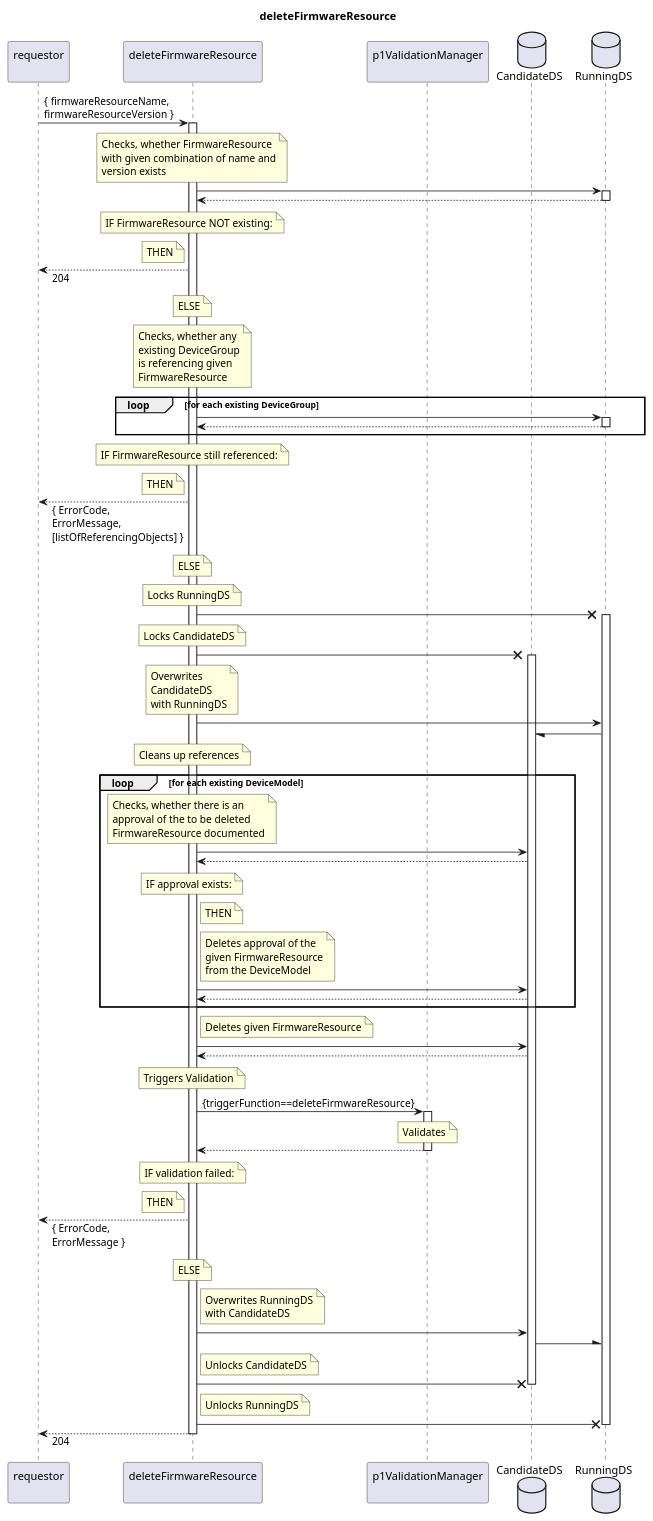
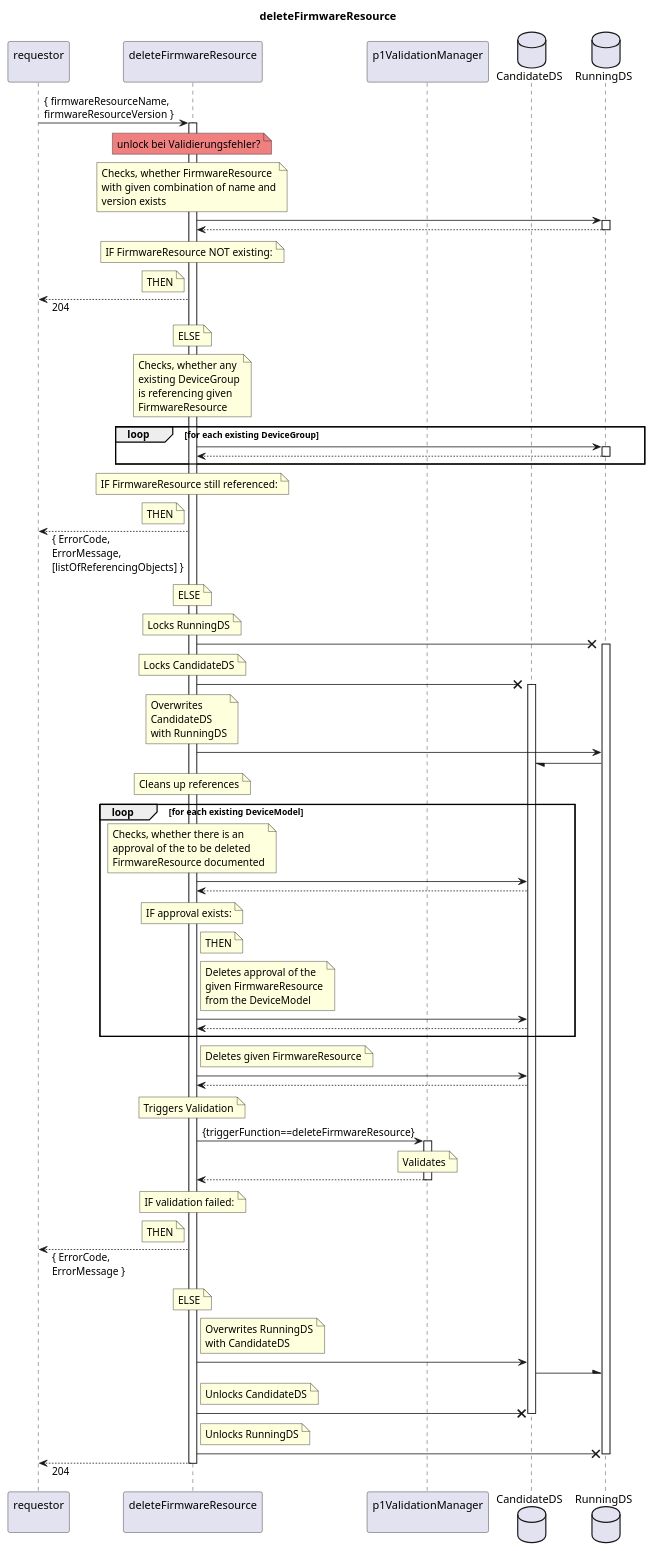
The diagram in spec/Services/deleteFirmwareResource/1.0.0/deleteFirmwareResource.plantuml (openBackhaul/FirmWareManager), drawn with PlantUML before and after one commit. The commit also changed 3 other files, not shown here.

```diff
--- a/spec/Services/deleteFirmwareResource/1.0.0/deleteFirmwareResource.plantuml
+++ b/spec/Services/deleteFirmwareResource/1.0.0/deleteFirmwareResource.plantuml
@@ -1,152 +1,156 @@
 @startuml deleteFirmwareResource
 skinparam responseMessageBelowArrow true
 
 title
   deleteFirmwareResource
 end title
 
 participant "requestor\n" as requestor
 participant "deleteFirmwareResource\n" as delFWR
 participant "p1ValidationManager\n" as valiMan
 database "CandidateDS" as CanDS
 database "RunningDS" as RunDS
 
 requestor -> delFWR: { firmwareResourceName,\nfirmwareResourceVersion }
 activate delFWR
+
+  note over delFWR #LightCoral
+    unlock bei Validierungsfehler?
+  end note
 
   note over delFWR
     Checks, whether FirmwareResource
     with given combination of name and
     version exists
   end note
   delFWR -> RunDS
   activate RunDS
   delFWR <-- RunDS
   deactivate RunDS
   note over delFWR
     IF FirmwareResource NOT existing:
   end note
   note left delFWR
     THEN
   end note
   requestor <-- delFWR: 204
   note over delFWR
     ELSE
   end note
 
   note over delFWR
     Checks, whether any
     existing DeviceGroup
     is referencing given
     FirmwareResource
   end note
   loop for each existing DeviceGroup
     delFWR -> RunDS
     activate RunDS
     delFWR <-- RunDS
     deactivate RunDS
   end loop
   note over delFWR
     IF FirmwareResource still referenced:
   end note
   note left delFWR
     THEN
   end note
   requestor <-- delFWR: { ErrorCode,\nErrorMessage,\n[listOfReferencingObjects] }
   note over delFWR
     ELSE
   end note
 
   note over delFWR
     Locks RunningDS
   end note
   delFWR -X RunDS
   activate RunDS
   note over delFWR
     Locks CandidateDS
   end note
   delFWR -X CanDS
   activate CanDS
   note over delFWR
     Overwrites
     CandidateDS
     with RunningDS
   end note
   delFWR -> RunDS
   RunDS -/ CanDS
 
   note over delFWR
     Cleans up references
   end note
   loop for each existing DeviceModel
     note over delFWR
       Checks, whether there is an 
       approval of the to be deleted
       FirmwareResource documented
     end note
     delFWR -> CanDS
     delFWR <-- CanDS
     note over delFWR
       IF approval exists:
     end note
     note right delFWR
       THEN
     end note
     note right delFWR
       Deletes approval of the
       given FirmwareResource
       from the DeviceModel
     end note
     delFWR -> CanDS
     delFWR <-- CanDS
   end loop
 
   note right delFWR
     Deletes given FirmwareResource
   end note
   delFWR -> CanDS
   delFWR <-- CanDS
 
   note over delFWR
     Triggers Validation
   end note
   delFWR -> valiMan: {triggerFunction==deleteFirmwareResource}
   activate valiMan
     note over valiMan
       Validates
     end note
   delFWR <-- valiMan
   deactivate valiMan
   note over delFWR
     IF validation failed:
   end note
   note left delFWR
     THEN
   end note
   requestor <-- delFWR: { ErrorCode,\nErrorMessage }
   note over delFWR
     ELSE
   end note
 
   note right delFWR
     Overwrites RunningDS
     with CandidateDS
   end note
   delFWR -> CanDS
   CanDS -\ RunDS
   note right delFWR
     Unlocks CandidateDS
   end note
   delFWR -X CanDS
   deactivate CanDS
   note right delFWR
     Unlocks RunningDS
   end note
   delFWR -X RunDS
   deactivate RunDS
 
   requestor <-- delFWR: 204
 
 deactivate delFWR
 
 @enduml
```
